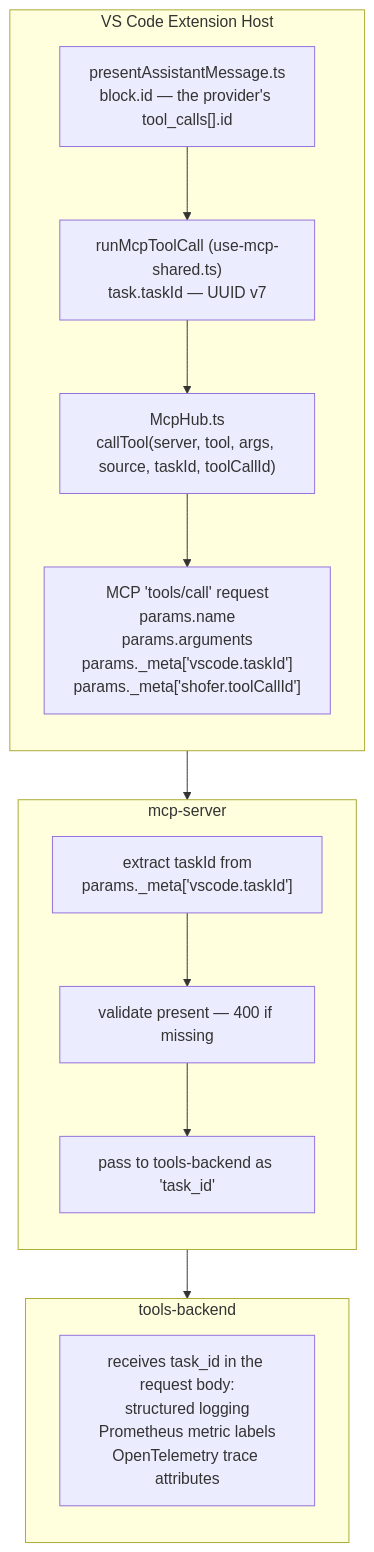
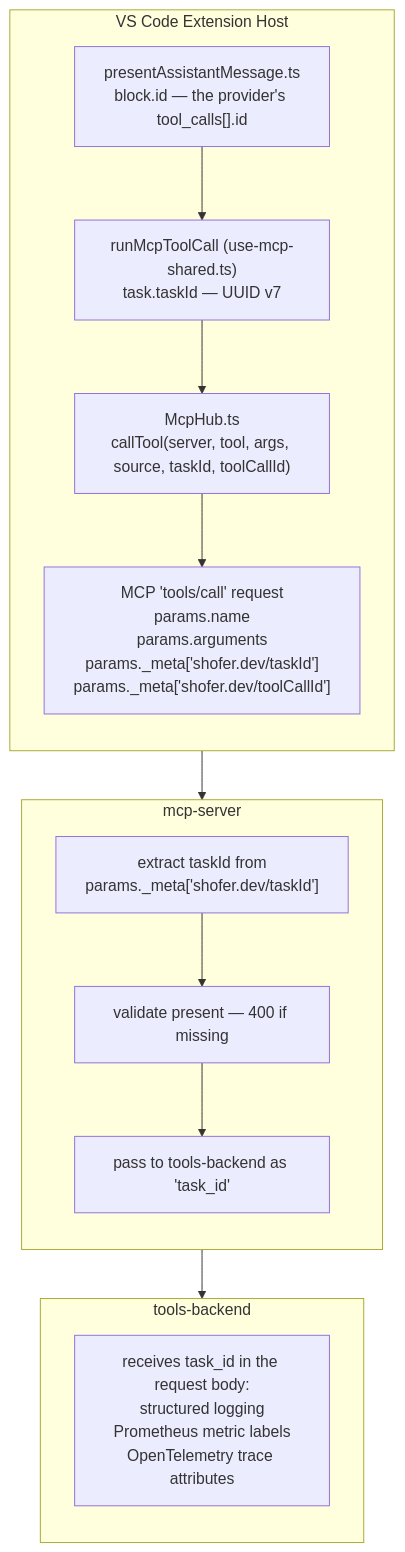
One commit to shofer-dev/shofer changed the diagram in docs/taskId.md. Above: the diagram before and after it, drawn with Mermaid. The commit also changed other lines of this file and 5 other files, not shown here.

````diff
--- a/docs/taskId.md
+++ b/docs/taskId.md
@@ -9,27 +9,27 @@
 ```mermaid
 flowchart TB
     subgraph HOST["VS Code Extension Host"]
         direction TB
         P["presentAssistantMessage.ts<br/>block.id — the provider's tool_calls[].id"]
         T["runMcpToolCall (use-mcp-shared.ts)<br/>task.taskId — UUID v7"]
         H["McpHub.ts<br/>callTool(server, tool, args, source, taskId, toolCallId)"]
-        REQ["MCP 'tools/call' request<br/>params.name<br/>params.arguments<br/>params._meta['vscode.taskId']<br/>params._meta['shofer.toolCallId']"]
+        REQ["MCP 'tools/call' request<br/>params.name<br/>params.arguments<br/>params._meta['shofer.dev/taskId']<br/>params._meta['shofer.dev/toolCallId']"]
         P --> T --> H --> REQ
     end
 
     subgraph MCPS["mcp-server"]
         direction TB
-        M1["extract taskId from<br/>params._meta['vscode.taskId']"]
+        M1["extract taskId from<br/>params._meta['shofer.dev/taskId']"]
         M2["validate present — 400 if missing"]
         M3["pass to tools-backend as 'task_id'"]
         M1 --> M2 --> M3
     end
 
     subgraph TB_["tools-backend"]
         direction TB
         B["receives task_id in the request body:<br/>structured logging<br/>Prometheus metric labels<br/>OpenTelemetry trace attributes"]
     end
 
     REQ --> M1
     M3 --> B
 ```
````
